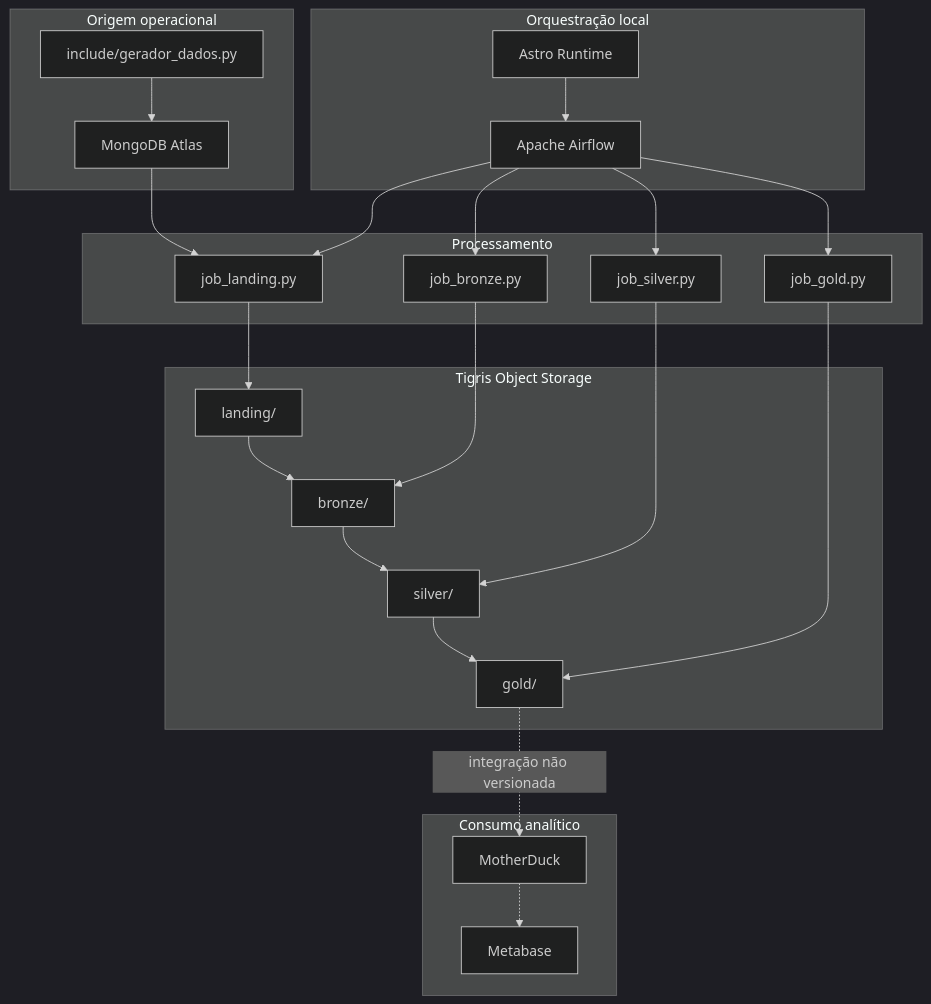
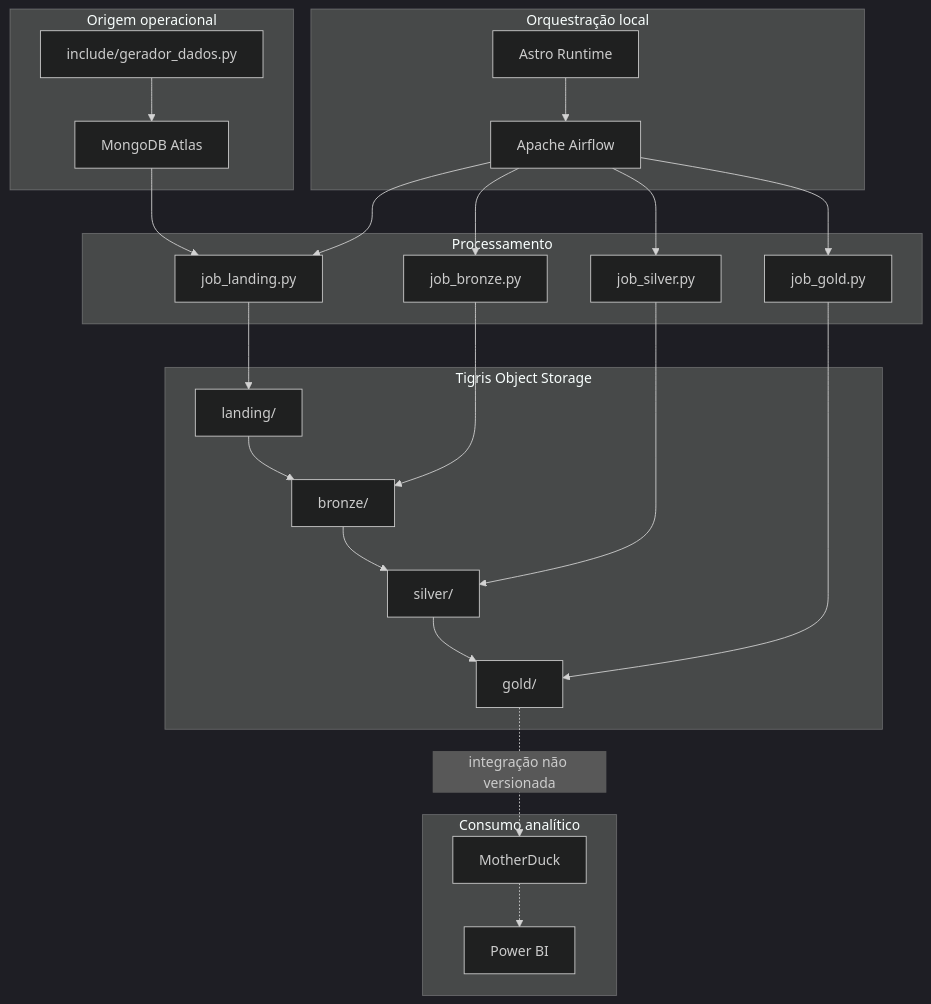
Before and after one commit to frank-cardoso/projeto-ed-satc: the diagram in docs/arquitetura.md, drawn with Mermaid (dark theme). The commit also changed other lines of this file and 11 other files, not shown here.

Commit message:
docs: migra arquitetura do Metabase para Power BI

````diff
--- a/docs/arquitetura.md
+++ b/docs/arquitetura.md
@@ -5,46 +5,46 @@
 ```mermaid
 flowchart TB
     subgraph origem["Origem operacional"]
         F["include/gerador_dados.py"]
         MA["MongoDB Atlas"]
         F --> MA
     end
 
     subgraph orquestracao["Orquestração local"]
         A["Astro Runtime"]
         AF["Apache Airflow"]
         A --> AF
     end
 
     subgraph processamento["Processamento"]
         JL["job_landing.py"]
         JB["job_bronze.py"]
         JS["job_silver.py"]
         JG["job_gold.py"]
     end
 
     subgraph storage["Tigris Object Storage"]
         L["landing/"]
         B["bronze/"]
         S["silver/"]
         G["gold/"]
         L --> B --> S --> G
     end
 
     subgraph consumo["Consumo analítico"]
         MD["MotherDuck"]
-        MB["Metabase"]
-        MD -.-> MB
+        PB["Power BI"]
+        MD -.-> PB
     end
 
     MA --> JL
     AF --> JL
     AF --> JB
     AF --> JS
     AF --> JG
     JL --> L
     JB --> B
     JS --> S
     JG --> G
     G -. "integração não versionada" .-> MD
 ```
````
